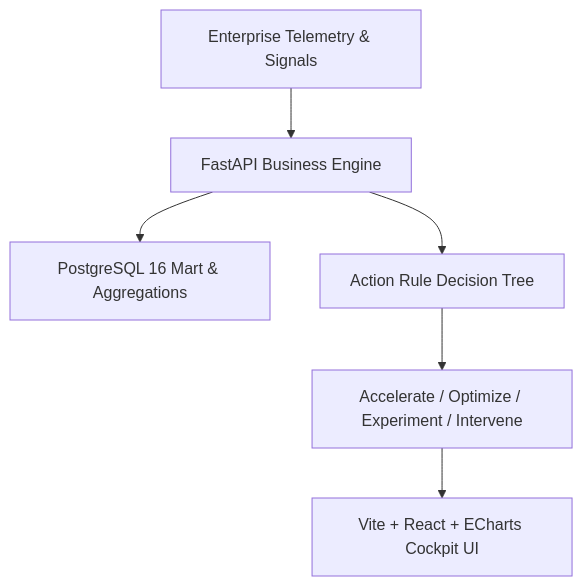
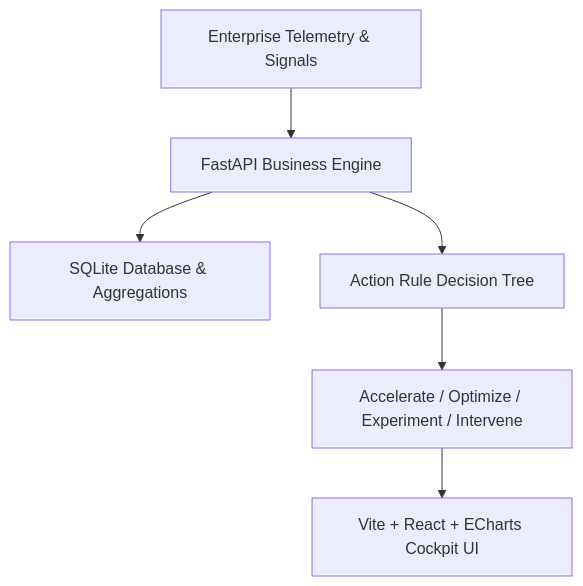
The diagram in README.md (WCTHLS/AI_Cockpit), drawn with Mermaid before and after one commit. The commit also changed other lines of this file and 9 other files, not shown here.

Commit message:
Add: db schema

````diff
--- a/README.md
+++ b/README.md
@@ -12,8 +12,8 @@
 ```mermaid
 graph TD
     A[Enterprise Telemetry & Signals] --> B[FastAPI Business Engine]
-    B --> C[PostgreSQL 16 Mart & Aggregations]
+    B --> C[SQLite Database & Aggregations]
     B --> D[Action Rule Decision Tree]
     D --> E[Accelerate / Optimize / Experiment / Intervene]
     E --> F[Vite + React + ECharts Cockpit UI]
 ```
````
